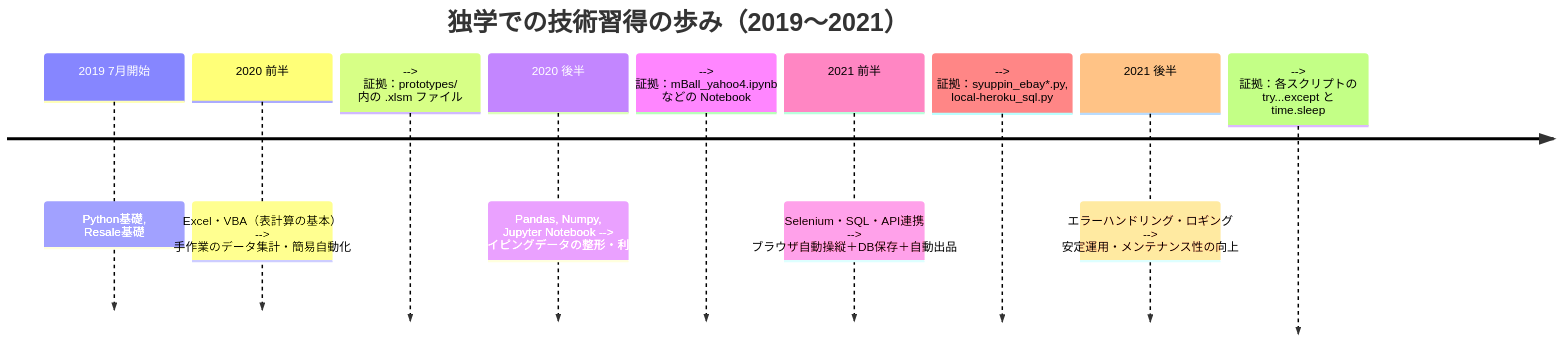
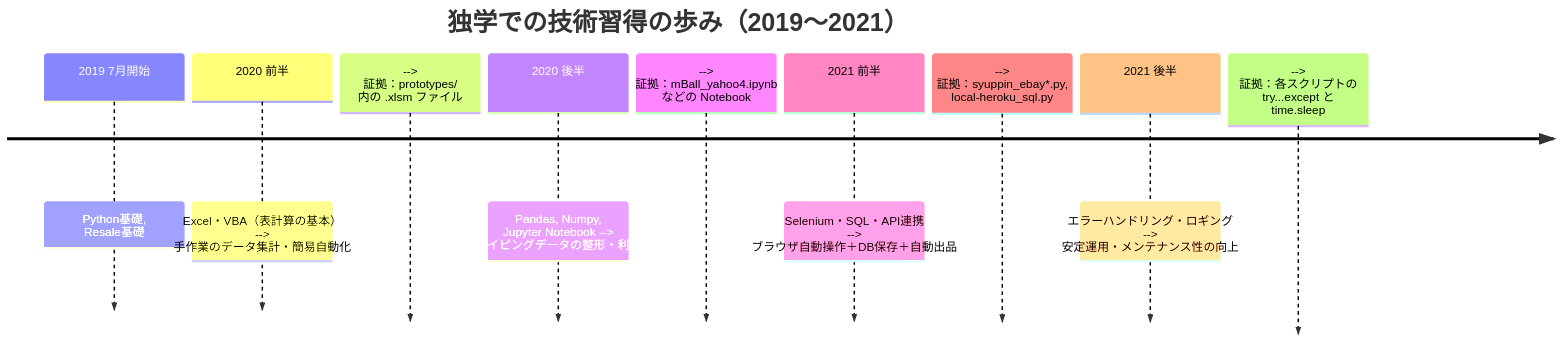
One commit to 0xkz1/resale-automation-archive changed the second of 2 diagrams in README.md. Above: the diagram before and after it, drawn with Mermaid. The commit also changed other lines of this file, not shown here.

Commit message:
Restructure Mermaid diagrams: add English version, move Japanese timeline to correct section

````diff
--- a/README.md
+++ b/README.md
@@ -64,13 +50,13 @@
 ```mermaid
 timeline
     title 独学での技術習得の歩み（2019〜2021）
     2019 7月開始 : Python基礎, Resale基礎
     2020 前半 : Excel・VBA（表計算の基本） --> 手作業のデータ集計・簡易自動化
-                --> 証拠：prototypes/ 内の .xlsm ファイル
+            --> 証拠：prototypes/ 内の .xlsm ファイル
     2020 後半 : Pandas, Numpy, Jupyter Notebook --> スクレイピングデータの整形・利益計算
-                --> 証拠：mBall_yahoo4.ipynb などの Notebook
-    2021 前半 : Selenium・SQL・API連携 --> ブラウザ自動操縦＋DB保存＋自動出品
-                --> 証拠：syuppin_ebay*.py, local-heroku_sql.py
+            --> 証拠：mBall_yahoo4.ipynb などの Notebook
+    2021 前半 : Selenium・SQL・API連携 --> ブラウザ自動操作＋DB保存＋自動出品
+            --> 証拠：syuppin_ebay*.py, local-heroku_sql.py
     2021 後半 : エラーハンドリング・ロギング --> 安定運用・メンテナンス性の向上
-                --> 証拠：各スクリプトの try...except と time.sleep
+            --> 証拠：各スクリプトの try...except と time.sleep
 ```
````
